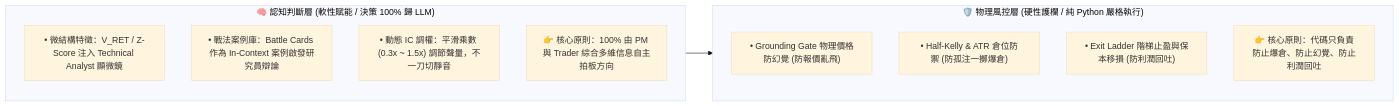
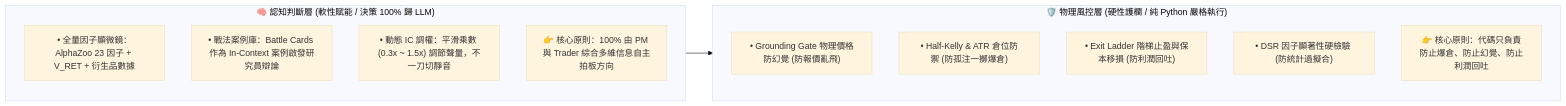
The second of 4 diagrams in docs/research/vbt-harvested-alpha-expansion-plan.md (dimx9173/vibe-trading-encyc), drawn with Mermaid (base theme) before and after one commit. The commit also changed other lines of this file, not shown here.

Commit message:
docs(research): upgrade expansion plan to v1.3.0 with AlphaZoo integration, derivatives layer, and DSR testing

````diff
--- a/docs/research/vbt-harvested-alpha-expansion-plan.md
+++ b/docs/research/vbt-harvested-alpha-expansion-plan.md
@@ -67,20 +61,21 @@
 ```mermaid
 flowchart LR
     subgraph Soft_Layer ["🧠 認知判斷層 (軟性賦能 / 決策 100% 歸 LLM)"]
         direction TB
-        F1["• 微結構特徵：V_RET / Z-Score 注入 Technical Analyst 顯微鏡"]
+        F1["• 全量因子顯微鏡：AlphaZoo 23 因子 + V_RET + 衍生品數據"]
         F2["• 戰法案例庫：Battle Cards 作為 In-Context 案例啟發研究員辯論"]
         F3["• 動態 IC 調權：平滑乘數 (0.3x ~ 1.5x) 調節聲量，不一刀切靜音"]
         F4["👉 核心原則：100% 由 PM 與 Trader 綜合多維信息自主拍板方向"]
     end
 
     subgraph Hard_Layer ["🛡️ 物理風控層 (硬性護欄 / 純 Python 嚴格執行)"]
         direction TB
         G1["• Grounding Gate 物理價格防幻覺 (防報價亂飛)"]
         G2["• Half-Kelly & ATR 倉位防禦 (防孤注一擲爆倉)"]
         G3["• Exit Ladder 階梯止盈與保本移損 (防利潤回吐)"]
-        G4["👉 核心原則：代碼只負責防止爆倉、防止幻覺、防止利潤回吐"]
+        G4["• DSR 因子顯著性硬檢驗 (防統計過擬合)"]
+        G5["👉 核心原則：代碼只負責防止爆倉、防止幻覺、防止利潤回吐"]
     end
 
     Soft_Layer --> Hard_Layer
 ```
````
